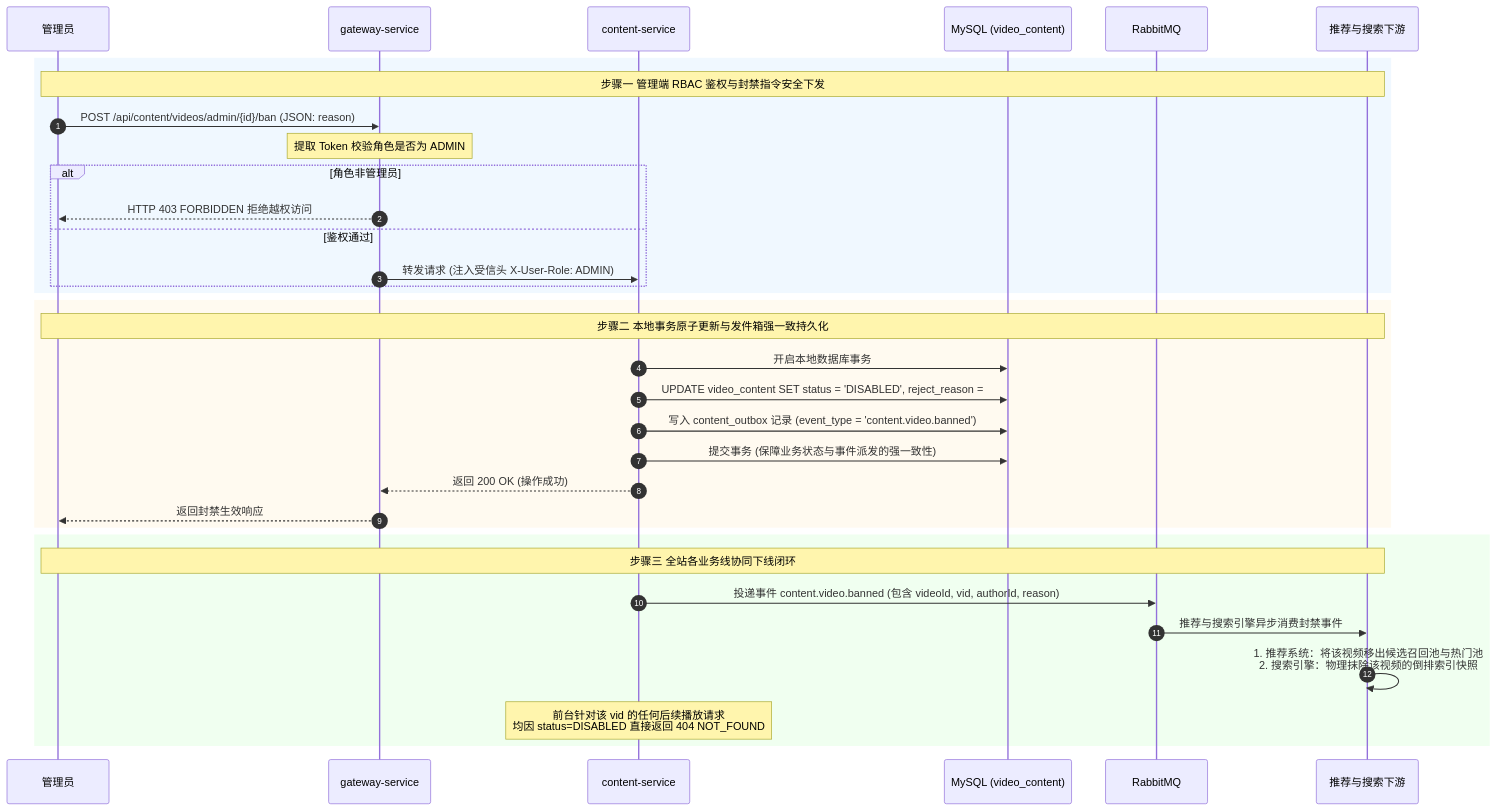
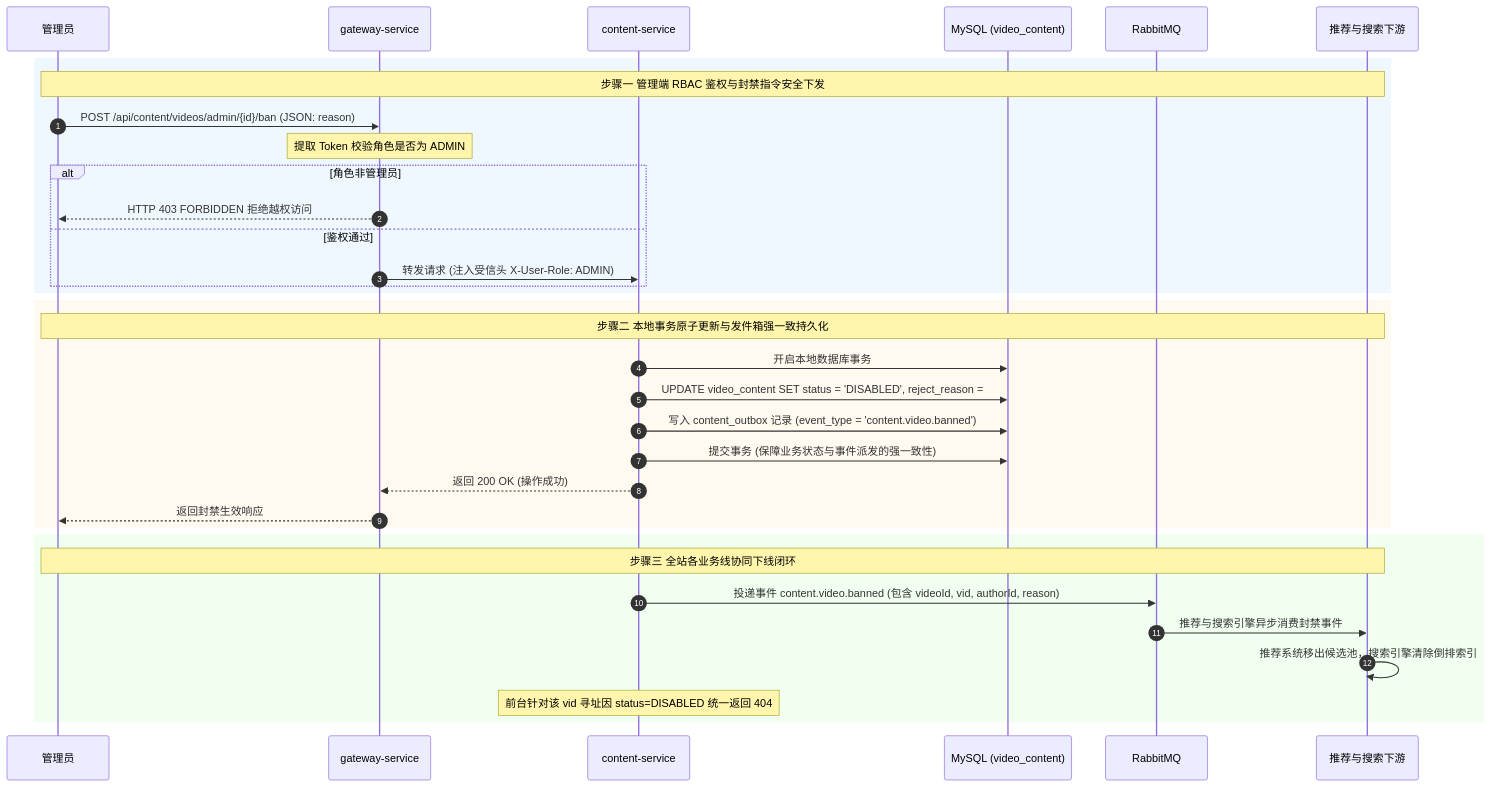
The second of 2 diagrams in docs/flows/05-platform-governance-flow.md (fank-c/media-platform-rebuild), drawn with Mermaid before and after one commit. The commit also changed other lines of this file and 15 other files, not shown here.

First line of the commit message:
docs: 重构全站技术文档体系并优化Typora/Obsidian图表兼容与主线命名

````diff
--- a/docs/flows/05-platform-governance-flow.md
+++ b/docs/flows/05-platform-governance-flow.md
@@ -37,42 +43,42 @@
 ```mermaid
 sequenceDiagram
     autonumber
     participant Admin as 管理员
     participant GW as gateway-service
     participant CS as content-service
     participant DB as MySQL (video_content)
     participant MQ as RabbitMQ
     participant Rec as 推荐与搜索下游
 
     %% 第一步：管理员发起封禁
     rect rgb(240, 248, 255)
     Note over Admin,Rec: 步骤一 管理端 RBAC 鉴权与封禁指令安全下发
     Admin->>GW: POST /api/content/videos/admin/{id}/ban (JSON: reason)
     Note over GW: 提取 Token 校验角色是否为 ADMIN
     alt 角色非管理员
         GW-->>Admin: HTTP 403 FORBIDDEN 拒绝越权访问
     else 鉴权通过
         GW->>CS: 转发请求 (注入受信头 X-User-Role: ADMIN)
     end
     end
 
     %% 第二步：状态原子跃迁与事务发件箱
     rect rgb(255, 250, 240)
     Note over Admin,Rec: 步骤二 本地事务原子更新与发件箱强一致持久化
     CS->>DB: 开启本地数据库事务
     CS->>DB: UPDATE video_content SET status = 'DISABLED', reject_reason = #{reason} WHERE id = #{id}
     CS->>DB: 写入 content_outbox 记录 (event_type = 'content.video.banned')
     CS->>DB: 提交事务 (保障业务状态与事件派发的强一致性)
     CS-->>GW: 返回 200 OK (操作成功)
     GW-->>Admin: 返回封禁生效响应
     end
 
     %% 第三步：异步领域事件全站下线
     rect rgb(240, 255, 240)
     Note over Admin,Rec: 步骤三 全站各业务线协同下线闭环
     CS->>MQ: 投递事件 content.video.banned (包含 videoId, vid, authorId, reason)
     MQ->>Rec: 推荐与搜索引擎异步消费封禁事件
-    Rec->>Rec: 1. 推荐系统：将该视频移出候选召回池与热门池<br/>2. 搜索引擎：物理抹除该视频的倒排索引快照
-    Note over CS: 前台针对该 vid 的任何后续播放请求<br/>均因 status=DISABLED 直接返回 404 NOT_FOUND
+    Rec->>Rec: 推荐系统移出候选池，搜索引擎清除倒排索引
+    Note over CS: 前台针对该 vid 寻址因 status=DISABLED 统一返回 404
     end
 ```
````
